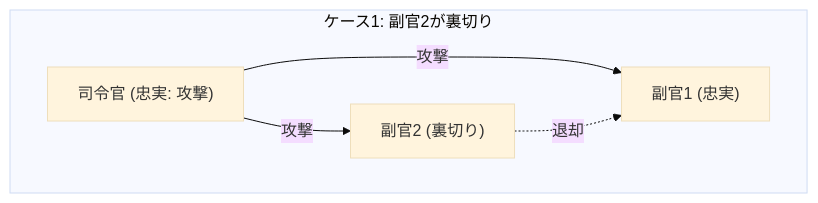
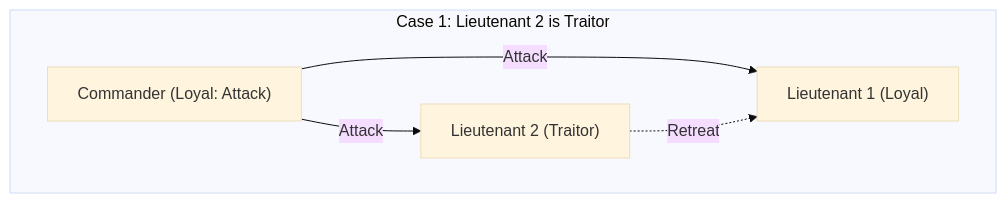
One commit to kenjinote/blog changed the second of 4 diagrams in content/post/byzantine-generals-problem/index.en.md. Above: the diagram before and after it, drawn with Mermaid (base theme). The commit also changed other lines of this file and 28 other files, not shown here.

Commit message:
Translate Japanese text inside Mermaid diagrams to respective languages

````diff
--- a/content/post/byzantine-generals-problem/index.en.md
+++ b/content/post/byzantine-generals-problem/index.en.md
@@ -73,8 +73,8 @@
 ```mermaid
 graph TD
-subgraph "ケース1: 副官2が裏切り"
-    C["司令官 (忠実: 攻撃)"] -->|"攻撃"| L1["副官1 (忠実)"]
-    C -->|"攻撃"| L2["副官2 (裏切り)"]
-    L2 -.->|"退却"| L1
+subgraph "Case 1: Lieutenant 2 is Traitor"
+    C["Commander (Loyal: Attack)"] -->|"Attack"| L1["Lieutenant 1 (Loyal)"]
+    C -->|"Attack"| L2["Lieutenant 2 (Traitor)"]
+    L2 -.->|"Retreat"| L1
 end
 ```
````
